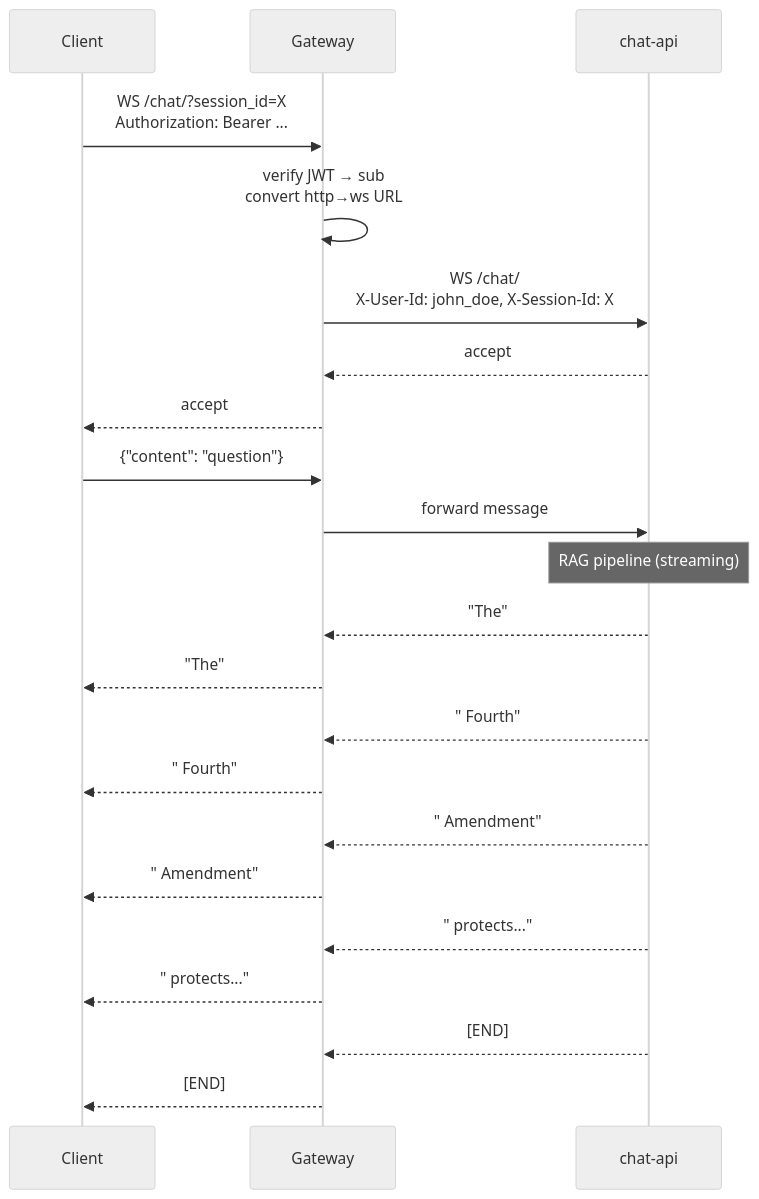
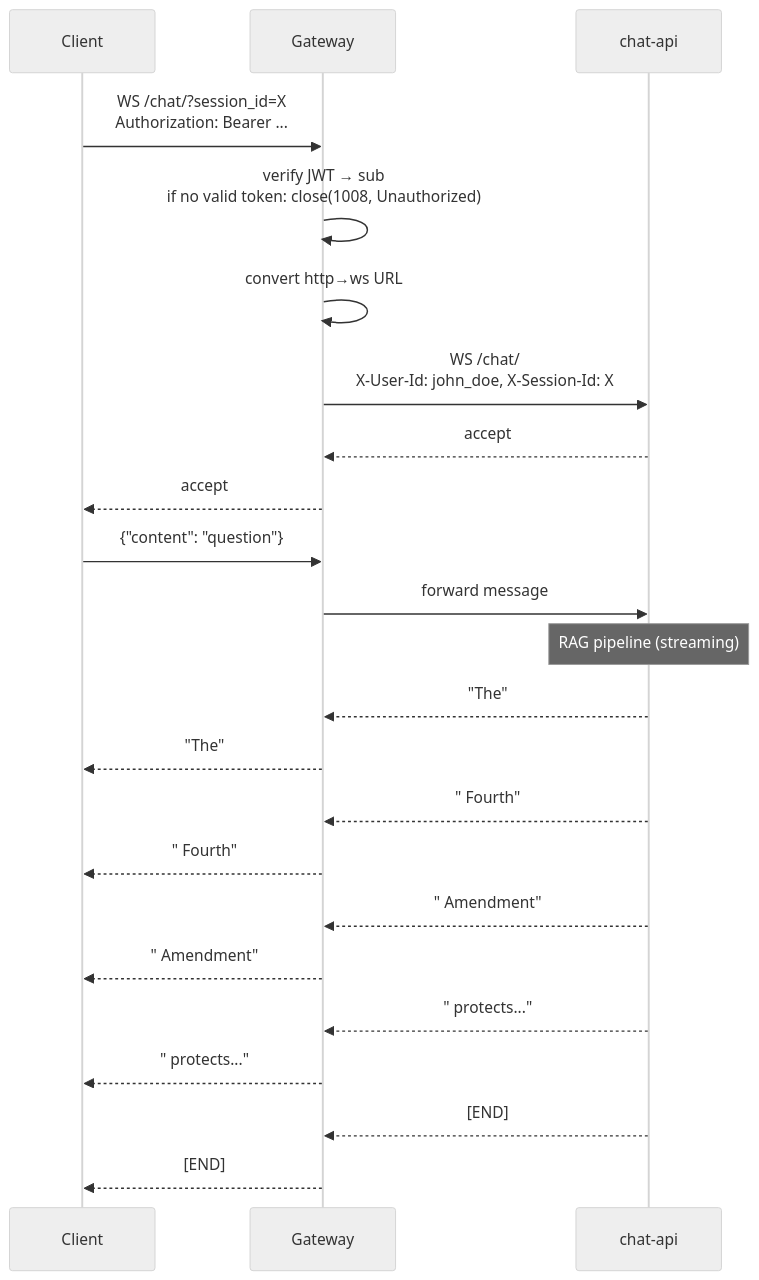
Before and after one commit to gitHuyNgo/production-ready-rag-us-law: the first of 2 diagrams in docs/api/chat-api.md, drawn with Mermaid (neutral theme). The commit also changed other lines of this file, not shown here.

````diff
--- a/docs/api/chat-api.md
+++ b/docs/api/chat-api.md
@@ -108,25 +114,26 @@
 ```mermaid
 sequenceDiagram
     participant C as Client
     participant G as Gateway
     participant CA as chat-api
 
     C->>G: WS /chat/?session_id=X<br/>Authorization: Bearer ...
-    G->>G: verify JWT → sub<br/>convert http→ws URL
+    G->>G: verify JWT → sub<br/>if no valid token: close(1008, Unauthorized)
+    G->>G: convert http→ws URL
     G->>CA: WS /chat/<br/>X-User-Id: john_doe, X-Session-Id: X
     CA-->>G: accept
     G-->>C: accept
     C->>G: {"content": "question"}
     G->>CA: forward message
     Note over CA: RAG pipeline (streaming)
     CA-->>G: "The"
     G-->>C: "The"
     CA-->>G: " Fourth"
     G-->>C: " Fourth"
     CA-->>G: " Amendment"
     G-->>C: " Amendment"
     CA-->>G: " protects..."
     G-->>C: " protects..."
     CA-->>G: [END]
     G-->>C: [END]
 ```
````
